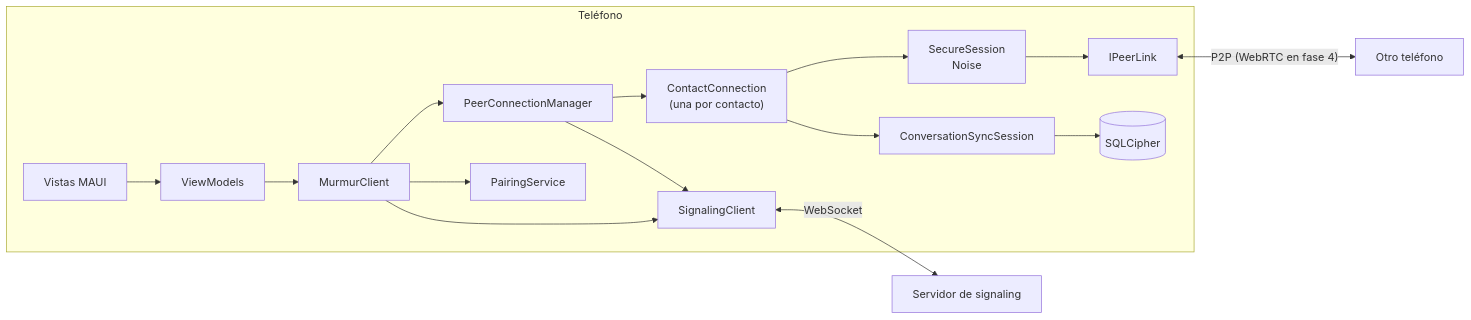
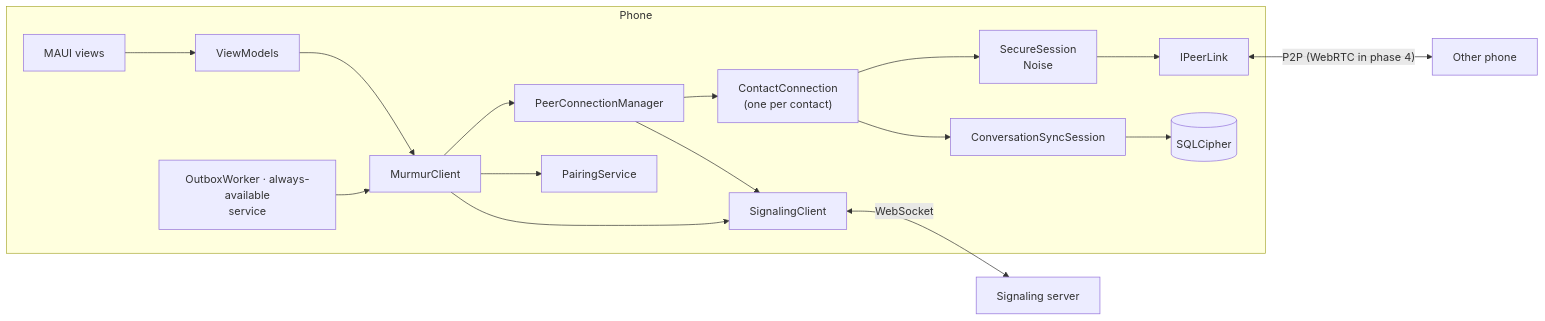
One commit to fsoftt/Murmur changed the third of 4 diagrams in website/guide/architecture.md. Above: the diagram before and after it, drawn with Mermaid. The commit also changed other lines of this file and 51 other files, not shown here.

````diff
--- a/website/guide/architecture.md
+++ b/website/guide/architecture.md
@@ -76,18 +76,19 @@
 ```mermaid
 flowchart LR
-    subgraph Teléfono
-      UI[Vistas MAUI] --> VM[ViewModels]
+    subgraph Phone
+      UI[MAUI views] --> VM[ViewModels]
       VM --> DC[MurmurClient]
+      BG["OutboxWorker · always-available<br/>service"] --> DC
       DC --> PCM[PeerConnectionManager]
-      PCM --> CC1["ContactConnection<br/>(una por contacto)"]
+      PCM --> CC1["ContactConnection<br/>(one per contact)"]
       CC1 --> SS[SecureSession<br/>Noise]
       SS --> L[IPeerLink]
       CC1 --> CSS[ConversationSyncSession]
       CSS --> DB[(SQLCipher)]
       DC --> PS[PairingService]
       DC --> SC[SignalingClient]
       PCM --> SC
     end
-    SC <-- WebSocket --> SRV[Servidor de signaling]
-    L <-- "P2P (WebRTC en fase 4)" --> OTRO[Otro teléfono]
+    SC <-- WebSocket --> SRV[Signaling server]
+    L <-- "P2P (WebRTC in phase 4)" --> OTRO[Other phone]
 ```
````
